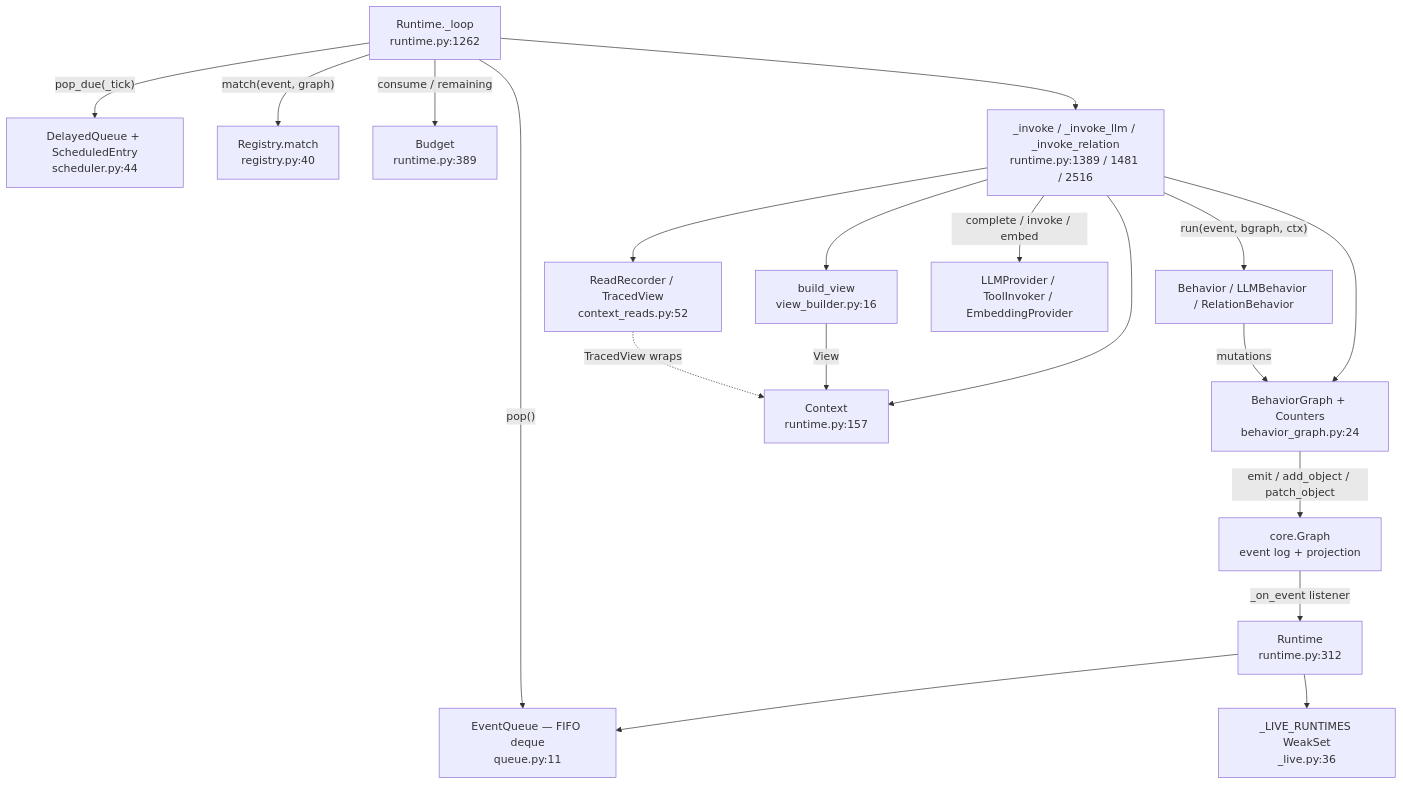
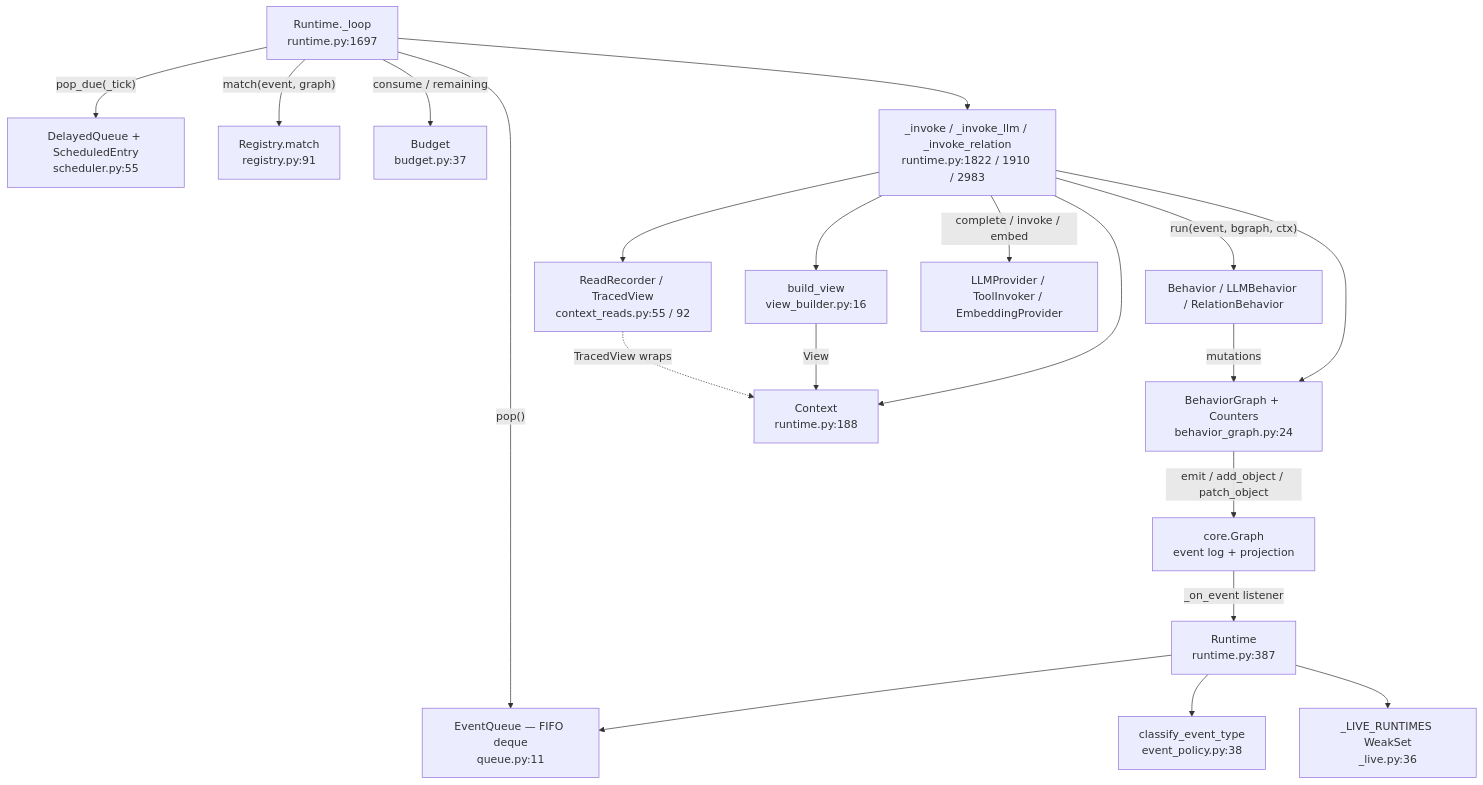
Before and after one commit to tha-hammer/silmari-activegraph: the first of 2 diagrams in specs/02-runtime-core.md, drawn with Mermaid. The commit also changed other lines of this file, not shown here.

Commit message:
docs(specs): reconcile runtime core map

````diff
--- a/specs/02-runtime-core.md
+++ b/specs/02-runtime-core.md
@@ -22,37 +24,39 @@
 ```mermaid
 graph TD
     Graph["core.Graph<br/>event log + projection"]
-    RT["Runtime<br/>runtime.py:312"]
+    RT["Runtime<br/>runtime.py:387"]
     Q["EventQueue — FIFO deque<br/>queue.py:11"]
-    D["DelayedQueue + ScheduledEntry<br/>scheduler.py:44"]
-    REG["Registry.match<br/>registry.py:40"]
-    BUD["Budget<br/>runtime.py:389"]
-    LOOP["Runtime._loop<br/>runtime.py:1262"]
-    INV["_invoke / _invoke_llm / _invoke_relation<br/>runtime.py:1389 / 1481 / 2516"]
+    D["DelayedQueue + ScheduledEntry<br/>scheduler.py:55"]
+    REG["Registry.match<br/>registry.py:91"]
+    BUD["Budget<br/>budget.py:37"]
+    POL["classify_event_type<br/>event_policy.py:38"]
+    LOOP["Runtime._loop<br/>runtime.py:1697"]
+    INV["_invoke / _invoke_llm / _invoke_relation<br/>runtime.py:1822 / 1910 / 2983"]
     VB["build_view<br/>view_builder.py:16"]
     BG["BehaviorGraph + Counters<br/>behavior_graph.py:24"]
-    CTX["Context<br/>runtime.py:157"]
-    RR["ReadRecorder / TracedView<br/>context_reads.py:52"]
+    CTX["Context<br/>runtime.py:188"]
+    RR["ReadRecorder / TracedView<br/>context_reads.py:55 / 92"]
     BEH["Behavior / LLMBehavior / RelationBehavior"]
     EXT["LLMProvider / ToolInvoker / EmbeddingProvider"]
     LIVE["_LIVE_RUNTIMES WeakSet<br/>_live.py:36"]
 
     Graph -->|"_on_event listener"| RT
+    RT --> POL
     RT --> Q
     RT --> LIVE
     LOOP -->|"pop()"| Q
     LOOP -->|"pop_due(_tick)"| D
     LOOP -->|"match(event, graph)"| REG
     LOOP -->|"consume / remaining"| BUD
     LOOP --> INV
     INV --> VB
     INV --> BG
     INV --> CTX
     INV --> RR
     VB -->|"View"| CTX
     RR -.->|"TracedView wraps"| CTX
     INV -->|"run(event, bgraph, ctx)"| BEH
     INV -->|"complete / invoke / embed"| EXT
     BEH -->|"mutations"| BG
     BG -->|"emit / add_object / patch_object"| Graph
 ```
````
